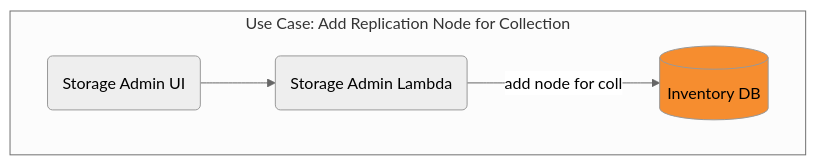
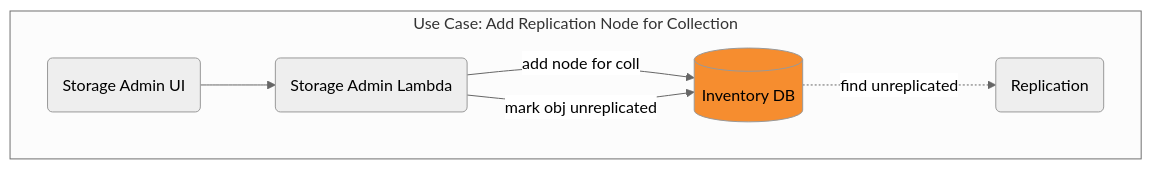
Before and after one commit to CDLUC3/mrt-doc: the diagram in diagrams/store-admin-add-node.mmd, drawn with Mermaid. The commit also changed 14 other files, not shown here.

```diff
--- a/diagrams/store-admin-add-node.mmd
+++ b/diagrams/store-admin-add-node.mmd
@@ -1,12 +1,16 @@
 %%{init: {'theme': 'neutral', 'securityLevel': 'loose'}}%%
 graph TD
   SAUI("Storage Admin UI")
   SA("Storage Admin Lambda")
   RDS[(Inventory DB)]
+  REPLIC(Replication)
+
 
   subgraph "Use Case: Add Replication Node for Collection"
     SAUI-->SA
     SA-->|"add node for coll"|RDS
+    SA-->|"mark obj unreplicated"|RDS
+    RDS-.->|"find unreplicated"|REPLIC
   end
 
   style RDS fill:#F68D2F
```
